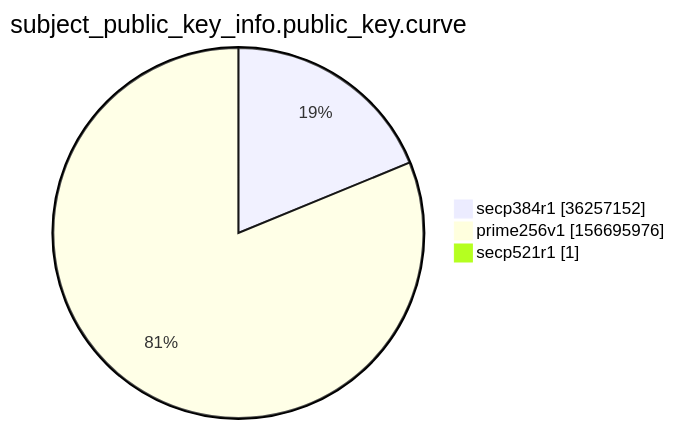
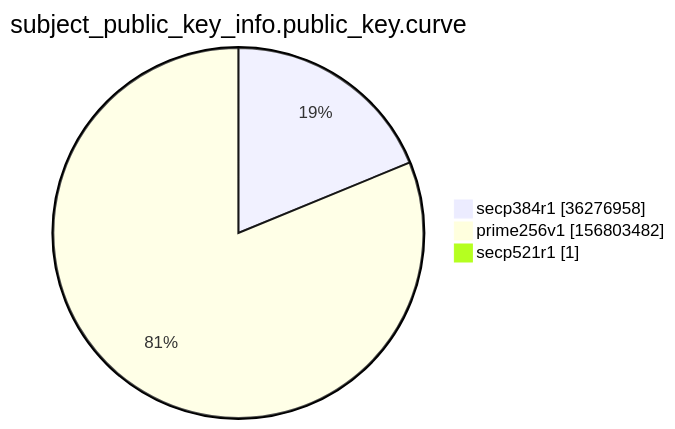
Before and after one commit to christiankrug/ctmonitor_visualization: the ninth of 15 diagrams in argon2022/README.md, drawn with Mermaid. The commit also changed other lines of this file, not shown here.

````diff
--- a/argon2022/README.md
+++ b/argon2022/README.md
@@ -2766,7 +2766,7 @@
 ```mermaid
 pie showData
 title subject_public_key_info.public_key.curve
-"secp384r1" :36257152
-"prime256v1" :156695976
+"secp384r1" :36276958
+"prime256v1" :156803482
 "secp521r1" :1
 ```
````
